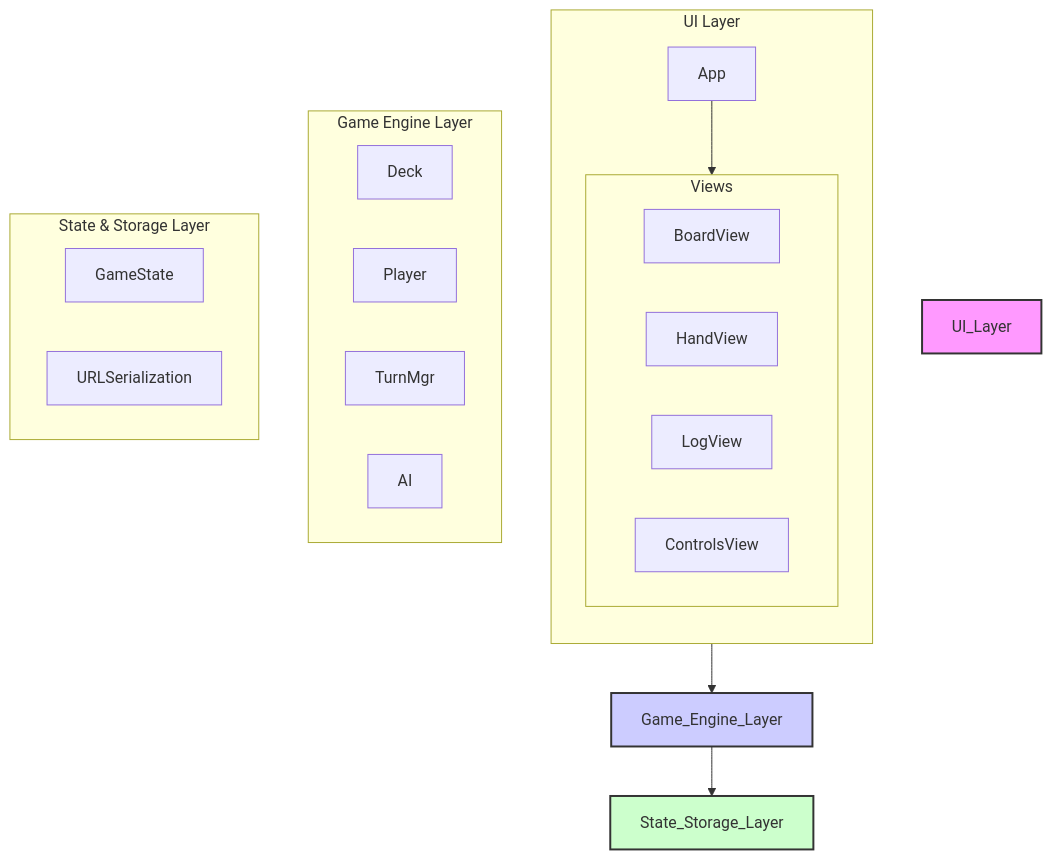
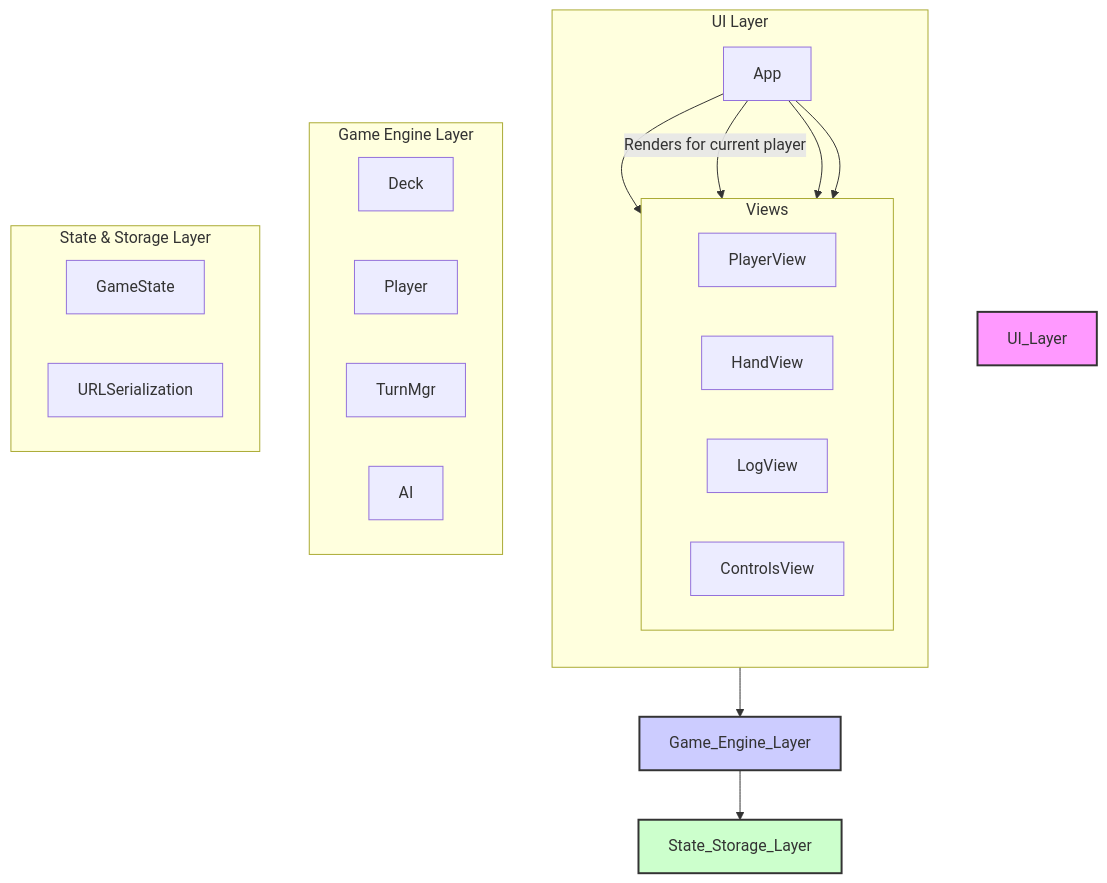
Before and after one commit to slior/race-game: the diagram in memory-bank/systemPatterns.md, drawn with Mermaid. The commit also changed other lines of this file and 12 other files, not shown here.

````diff
--- a/memory-bank/systemPatterns.md
+++ b/memory-bank/systemPatterns.md
@@ -5,38 +5,41 @@
 ```mermaid
 flowchart TD
     subgraph UI Layer
         direction TD
         App
 
         subgraph "Views"
             direction LR
-            BoardView
+            PlayerView
             HandView
             LogView
             ControlsView
         end
 
-        App --> Views
+        App --> PlayerView
+        App -- Renders for current player --> HandView
+        App --> LogView
+        App --> ControlsView
     end
 
     subgraph Game Engine Layer
         direction LR
         Deck
         Player
         TurnMgr
         AI
     end
 
     subgraph State & Storage Layer
         direction LR
         GameState
         URLSerialization
     end
 
     App --> Game_Engine_Layer
     Game_Engine_Layer --> State_Storage_Layer
 
     style UI_Layer fill:#f9f,stroke:#333,stroke-width:2px
     style Game_Engine_Layer fill:#ccf,stroke:#333,stroke-width:2px
     style State_Storage_Layer fill:#cfc,stroke:#333,stroke-width:2px
 ```
````
